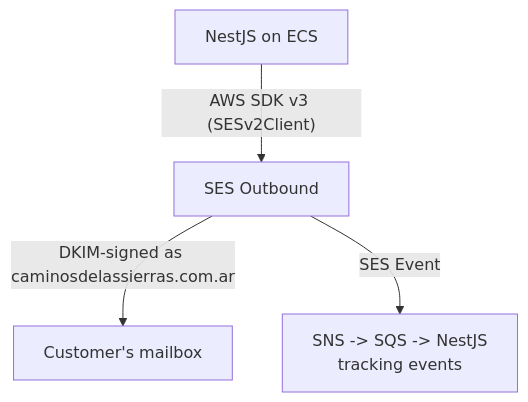
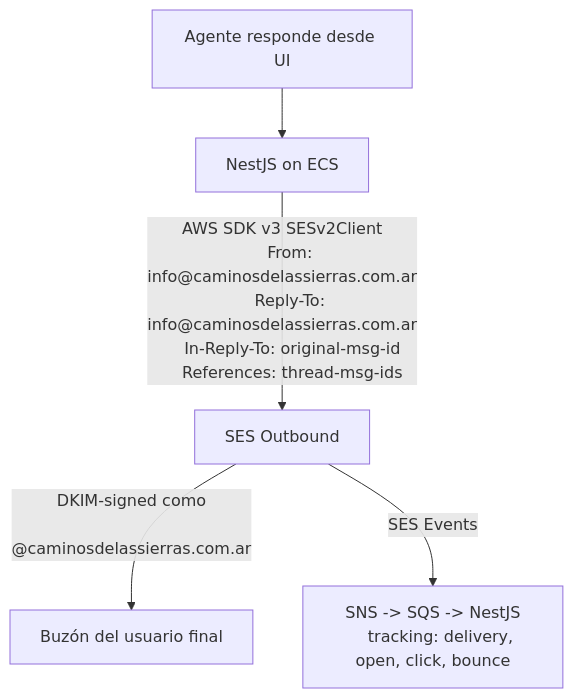
Before and after one commit to diego-serrano-kenility/omni-mail-channel-research: the sixth of 6 diagrams in findings-amazon-ses.md, drawn with Mermaid. The commit also changed other lines of this file and 8 other files, not shown here.

````diff
--- a/findings-amazon-ses.md
+++ b/findings-amazon-ses.md
@@ -600,6 +704,13 @@
 ```mermaid
 flowchart TD
-    NestJS["NestJS on ECS"] -->|"AWS SDK v3 (SESv2Client)"| SES["SES Outbound"]
-    SES -->|"DKIM-signed as caminosdelassierras.com.ar"| Mailbox["Customer's mailbox"]
-    SES -->|"SES Event"| SNS["SNS -> SQS -> NestJS<br/>tracking events"]
+    Agent["Agente responde desde UI"] --> NestJS["NestJS on ECS"]
+    NestJS -->|"AWS SDK v3 SESv2Client
+    From: info@caminosdelassierras.com.ar
+    Reply-To: info@caminosdelassierras.com.ar
+    In-Reply-To: original-msg-id
+    References: thread-msg-ids"| SES["SES Outbound"]
+    SES -->|"DKIM-signed como
+    @caminosdelassierras.com.ar"| Mailbox["Buzón del usuario final"]
+    SES -->|"SES Events"| SNSTrack["SNS -> SQS -> NestJS
+    tracking: delivery, open, click, bounce"]
 ```
````
